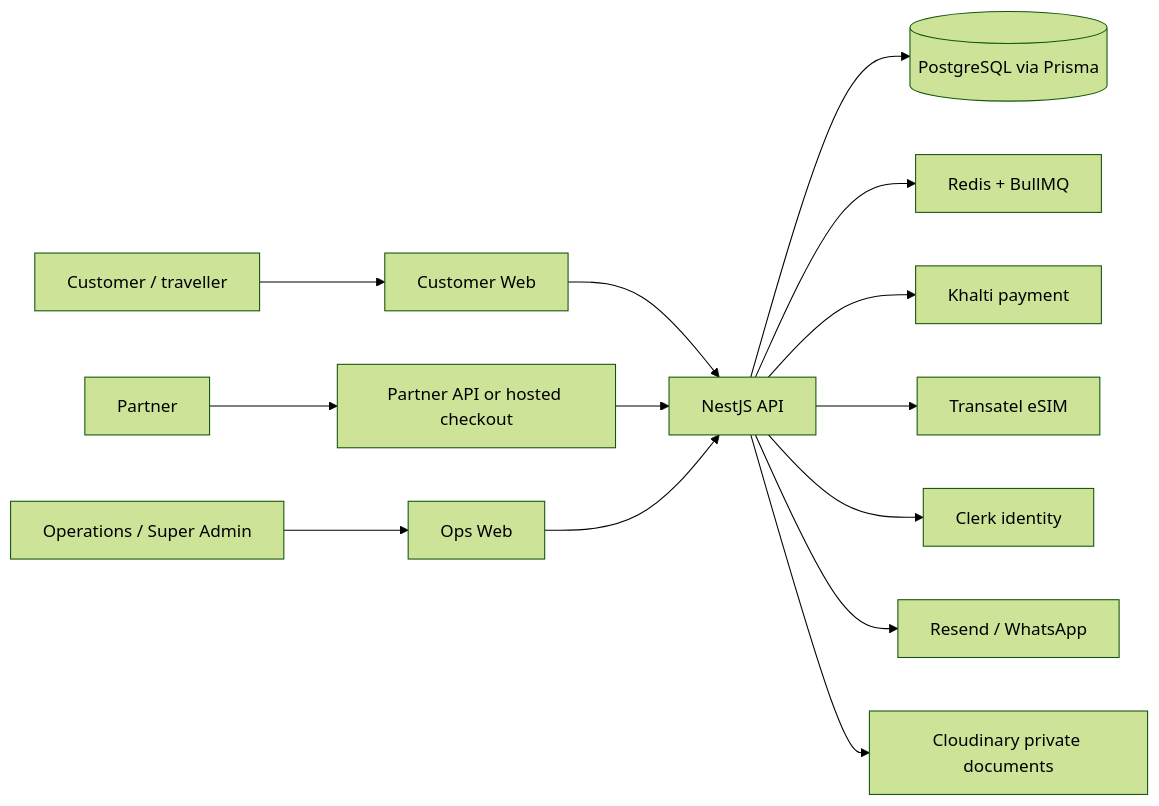
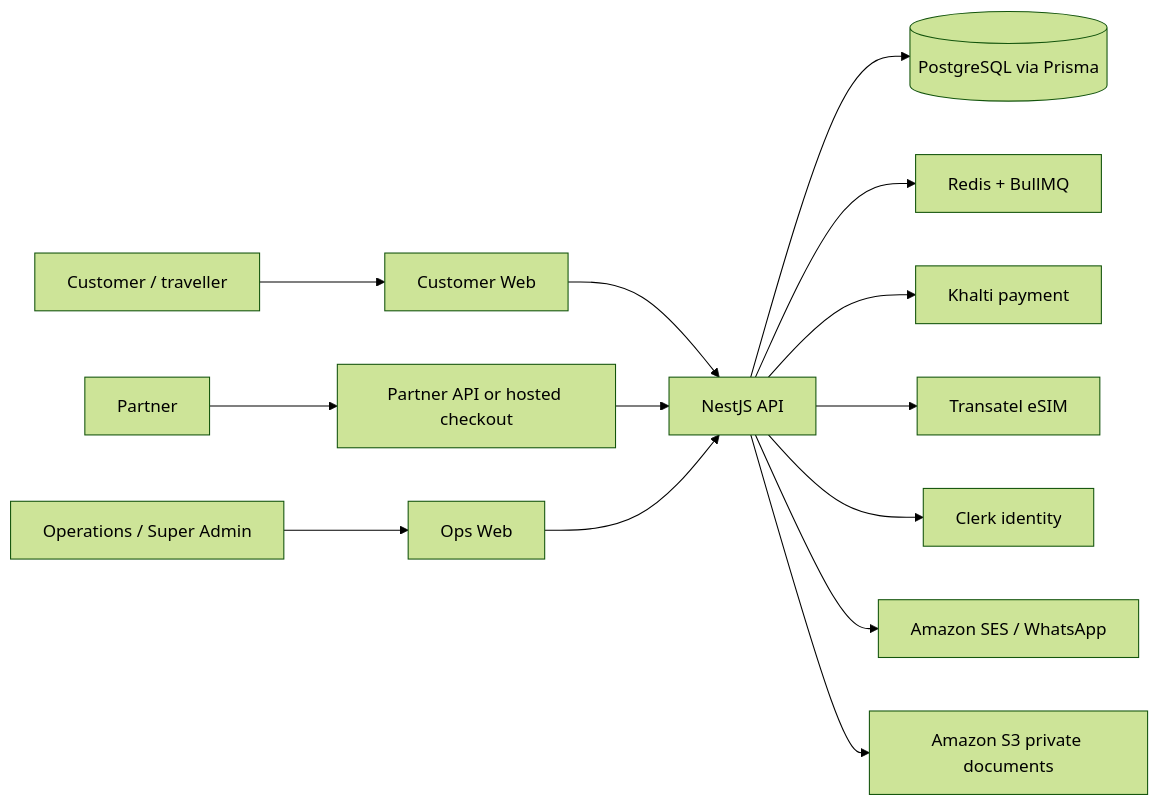
Before and after one commit to aaaaa012/esim: the first of 2 diagrams in docs/OVERALL-SYSTEM-SPECIFICATION.md, drawn with Mermaid (forest theme). The commit also changed other lines of this file and 75 other files, not shown here.

````diff
--- a/docs/OVERALL-SYSTEM-SPECIFICATION.md
+++ b/docs/OVERALL-SYSTEM-SPECIFICATION.md
@@ -14,16 +14,16 @@
 ```mermaid
 flowchart LR
   C[Customer / traveller] --> CW[Customer Web]
   P[Partner] --> PA[Partner API or hosted checkout]
   O[Operations / Super Admin] --> OW[Ops Web]
   CW --> API[NestJS API]
   PA --> API
   OW --> API
   API --> DB[(PostgreSQL via Prisma)]
   API --> R[Redis + BullMQ]
   API --> K[Khalti payment]
   API --> T[Transatel eSIM]
   API --> CL[Clerk identity]
-  API --> N[Resend / WhatsApp]
-  API --> S[Cloudinary private documents]
+  API --> N[Amazon SES / WhatsApp]
+  API --> S[Amazon S3 private documents]
 ```
````
